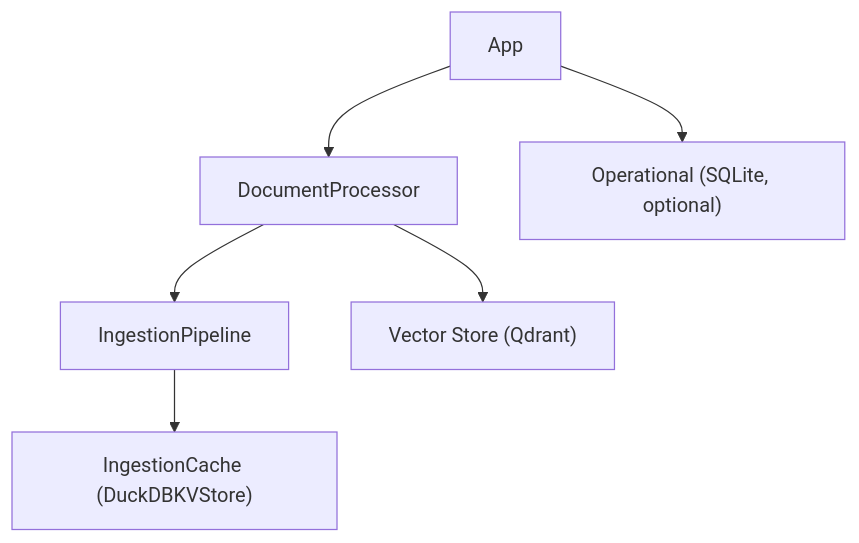
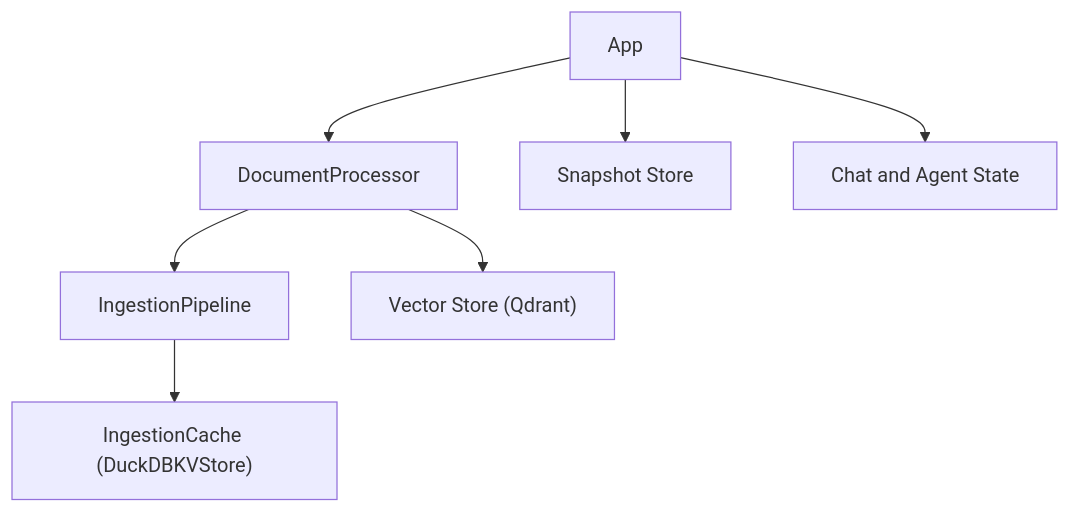
One commit to BjornMelin/docmind-ai-llm changed the diagram in docs/developers/adrs/ADR-031-local-first-persistence-architecture.md. Above: the diagram before and after it, drawn with Mermaid. The commit also changed other lines of this file and 434 other files, not shown here.

````diff
--- a/docs/developers/adrs/ADR-031-local-first-persistence-architecture.md
+++ b/docs/developers/adrs/ADR-031-local-first-persistence-architecture.md
@@ -71,8 +102,9 @@
 ```mermaid
 graph TD
     A["App"] --> B["DocumentProcessor"]
     B --> C["IngestionPipeline"]
     C --> D["IngestionCache (DuckDBKVStore)"]
     B --> E["Vector Store (Qdrant)"]
-    A --> F["Operational (SQLite, optional)"]
+    A --> F["Snapshot Store"]
+    A --> G["Chat and Agent State"]
 ```
````
